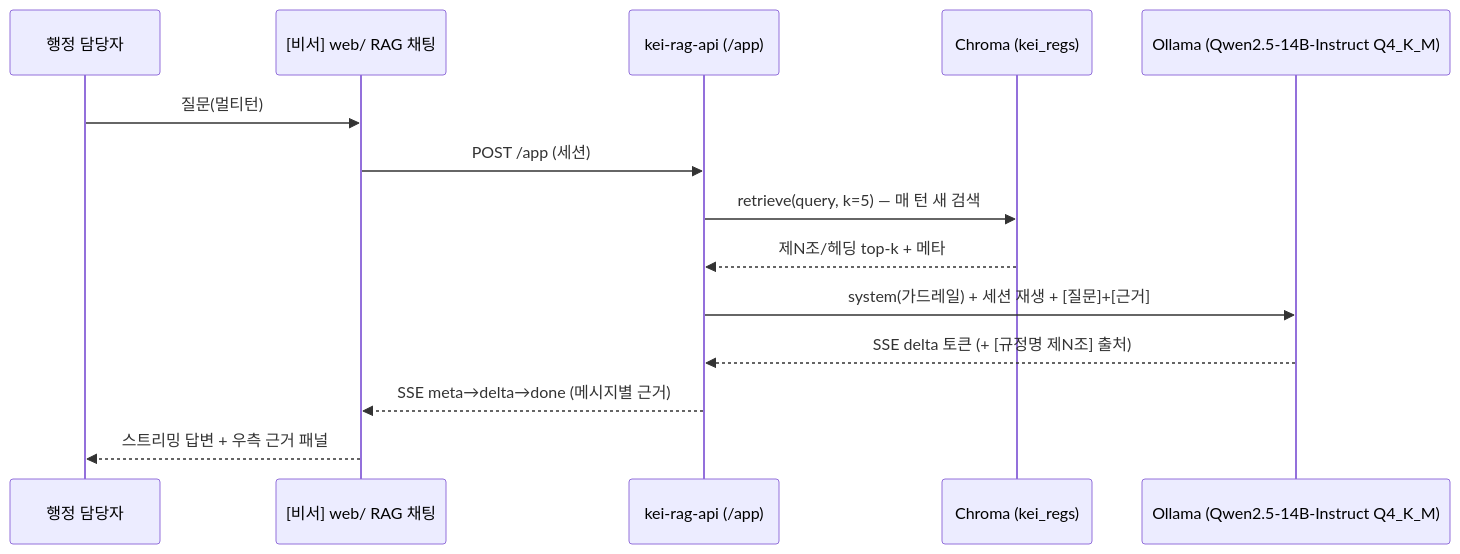
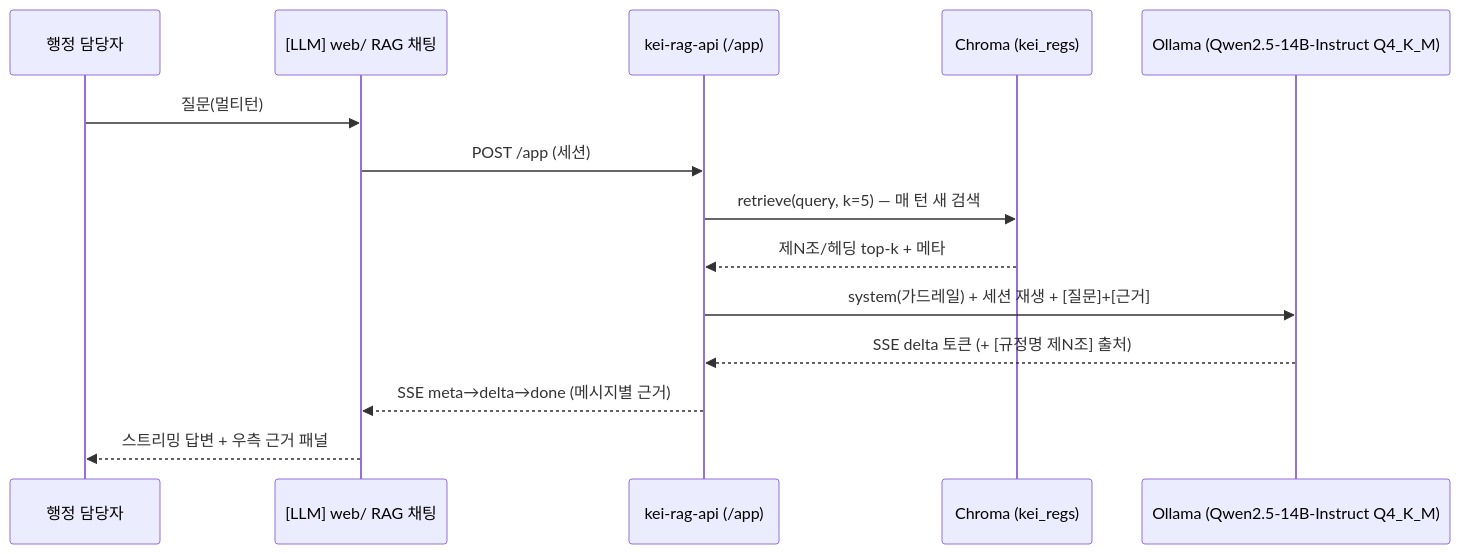
One commit to mooner92/KEIAdminSuperv changed the second of 3 diagrams in docs/04-pipeline.md. Above: the diagram before and after it, drawn with Mermaid. The commit also changed other lines of this file and 91 other files, not shown here.

````diff
--- a/docs/04-pipeline.md
+++ b/docs/04-pipeline.md
@@ -477,16 +477,16 @@
 ```mermaid
 sequenceDiagram
     participant U as 행정 담당자
-    participant W as [비서] web/ RAG 채팅
+    participant W as [LLM] web/ RAG 채팅
     participant A as kei-rag-api (/app)
     participant C as Chroma (kei_regs)
     participant L as Ollama (Qwen2.5-14B-Instruct Q4_K_M)
     U->>W: 질문(멀티턴)
     W->>A: POST /app (세션)
     A->>C: retrieve(query, k=5) — 매 턴 새 검색
     C-->>A: 제N조/헤딩 top-k + 메타
     A->>L: system(가드레일) + 세션 재생 + [질문]+[근거]
     L-->>A: SSE delta 토큰 (+ [규정명 제N조] 출처)
     A-->>W: SSE meta→delta→done (메시지별 근거)
     W-->>U: 스트리밍 답변 + 우측 근거 패널
 ```
````
